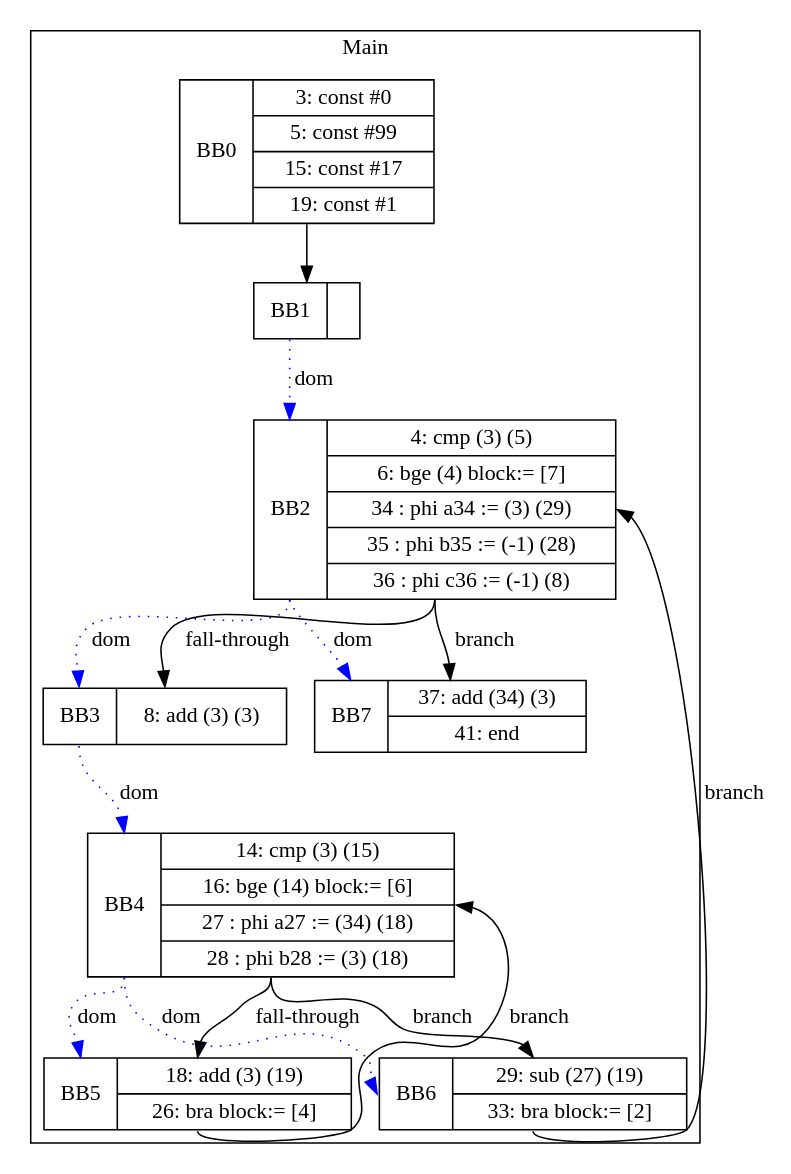
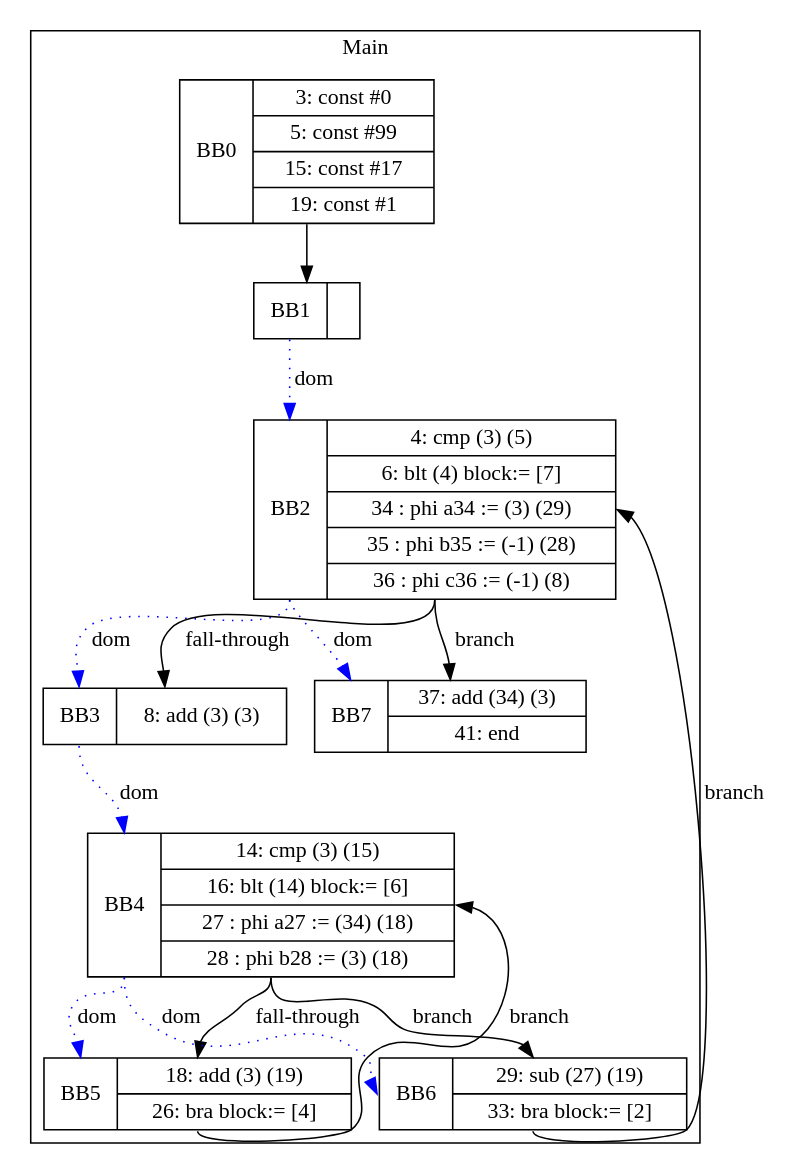
Before and after one commit to zjc664656505/UCI-CS241-Advanced-Compiler-main: the diagram in visualization/phillip/simple/nestedLoops.gv, drawn with Graphviz. The commit also changed 46 other files, not shown here.

```diff
--- a/visualization/phillip/simple/nestedLoops.gv
+++ b/visualization/phillip/simple/nestedLoops.gv
@@ -1,27 +1,27 @@
 digraph G {
 node [shape=record];
 subgraph cluster_main{
 label = "Main";
 BB0 [shape=record, label="<b>BB0|{3: const #0|5: const #99|15: const #17|19: const #1}"];
 BB1 [shape=record, label="<b>BB1|}"];
-BB2 [shape=record, label="<b>BB2|{4: cmp (3) (5)|6: bge (4) block:= [7]|34 : phi a34 := (3) (29)|35 : phi b35 := (-1) (28)|36 : phi c36 := (-1) (8)}"];
+BB2 [shape=record, label="<b>BB2|{4: cmp (3) (5)|6: blt (4) block:= [7]|34 : phi a34 := (3) (29)|35 : phi b35 := (-1) (28)|36 : phi c36 := (-1) (8)}"];
 BB3 [shape=record, label="<b>BB3|{8: add (3) (3)}"];
-BB4 [shape=record, label="<b>BB4|{14: cmp (3) (15)|16: bge (14) block:= [6]|27 : phi a27 := (34) (18)|28 : phi b28 := (3) (18)}"];
+BB4 [shape=record, label="<b>BB4|{14: cmp (3) (15)|16: blt (14) block:= [6]|27 : phi a27 := (34) (18)|28 : phi b28 := (3) (18)}"];
 BB5 [shape=record, label="<b>BB5|{18: add (3) (19)|26: bra block:= [4]}"];
 BB6 [shape=record, label="<b>BB6|{29: sub (27) (19)|33: bra block:= [2]}"];
 BB7 [shape=record, label="<b>BB7|{37: add (34) (3)|41: end}"];
 }
 BB0:s -> BB1:n ;
 BB1:b -> BB2:b [color=blue, style=dotted, label="dom"];
 BB3:b -> BB4:b [color=blue, style=dotted, label="dom"];
 BB2:b -> BB7:b [color=blue, style=dotted, label="dom"];
 BB4:b -> BB6:b [color=blue, style=dotted, label="dom"];
 BB2:b -> BB3:b [color=blue, style=dotted, label="dom"];
 BB4:b -> BB5:b [color=blue, style=dotted, label="dom"];
 BB4:s -> BB6:n [label="branch"];
 BB2:s -> BB7:n [label="branch"];
 BB6:s -> BB2:e [label="branch"];
 BB5:s -> BB4:e [label="branch"];
 BB2:s -> BB3:n [label="fall-through"];
 BB4:s -> BB5:n [label="fall-through"];
 }
```
